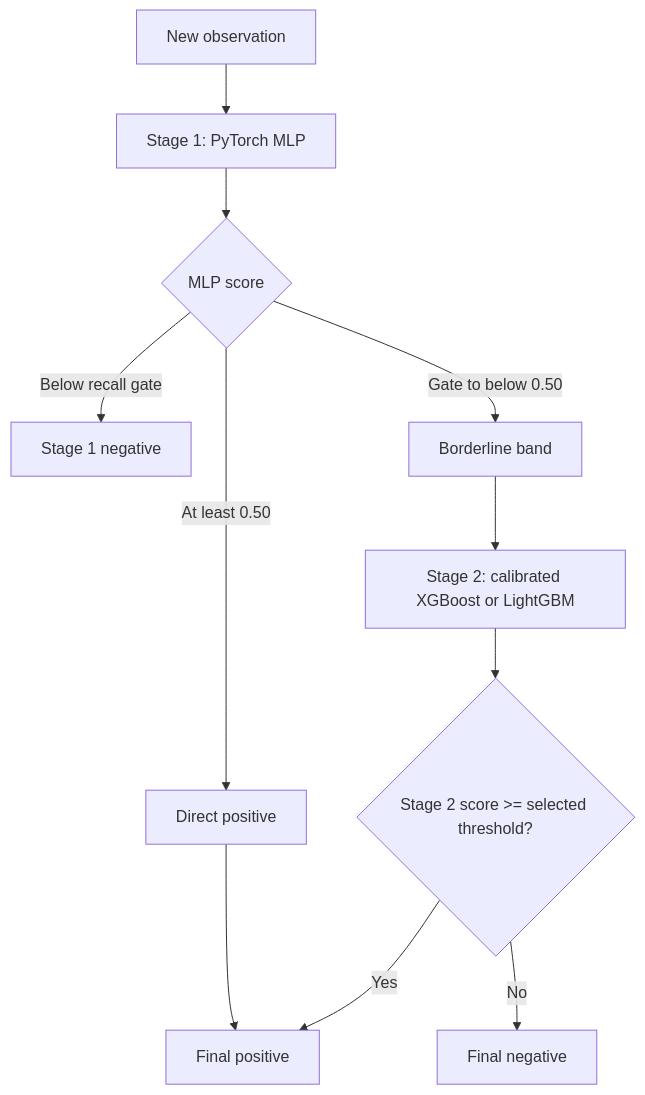
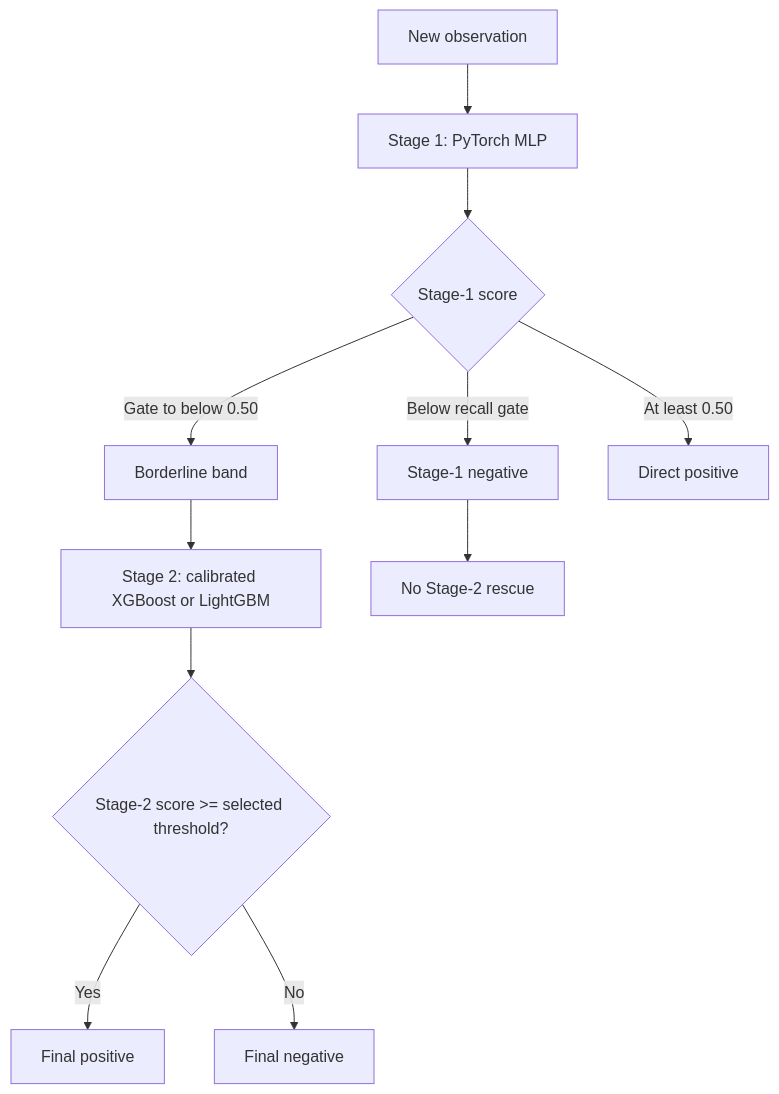
Before and after one commit to Harshithpatali/cardiorisk-ai: the first of 3 diagrams in README.md, drawn with Mermaid. The commit also changed other lines of this file, not shown here.

Commit message:
docs: expand two-tier architecture, evaluation charts and UI guide

````diff
--- a/README.md
+++ b/README.md
@@ -23,13 +22,13 @@
 ```mermaid
 flowchart TD
     A[New observation] --> B[Stage 1: PyTorch MLP]
-    B --> C{MLP score}
-    C -->|Below recall gate| D[Stage 1 negative]
+    B --> C{Stage-1 score}
+    C -->|Below recall gate| D[Stage-1 negative]
     C -->|Gate to below 0.50| E[Borderline band]
     C -->|At least 0.50| F[Direct positive]
     E --> G[Stage 2: calibrated XGBoost or LightGBM]
-    G --> H{Stage 2 score >= selected threshold?}
+    G --> H{Stage-2 score >= selected threshold?}
     H -->|Yes| I[Final positive]
     H -->|No| J[Final negative]
-    F --> I
+    D --> K[No Stage-2 rescue]
 ```
````
